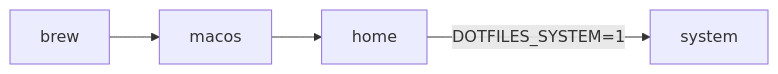
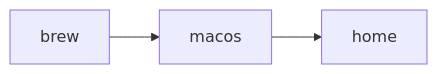
Before and after one commit to fjcero/dotfiles: the diagram in README.md, drawn with Mermaid. The commit also changed other lines of this file and 6 other files, not shown here.

````diff
--- a/README.md
+++ b/README.md
@@ -44,10 +40,8 @@
 ```mermaid
 flowchart LR
   brew[brew]
   macos[macos]
   homePkg[home]
-  system[system]
   brew --> macos
   macos --> homePkg
-  homePkg -->|"DOTFILES_SYSTEM=1"| system
 ```
````
